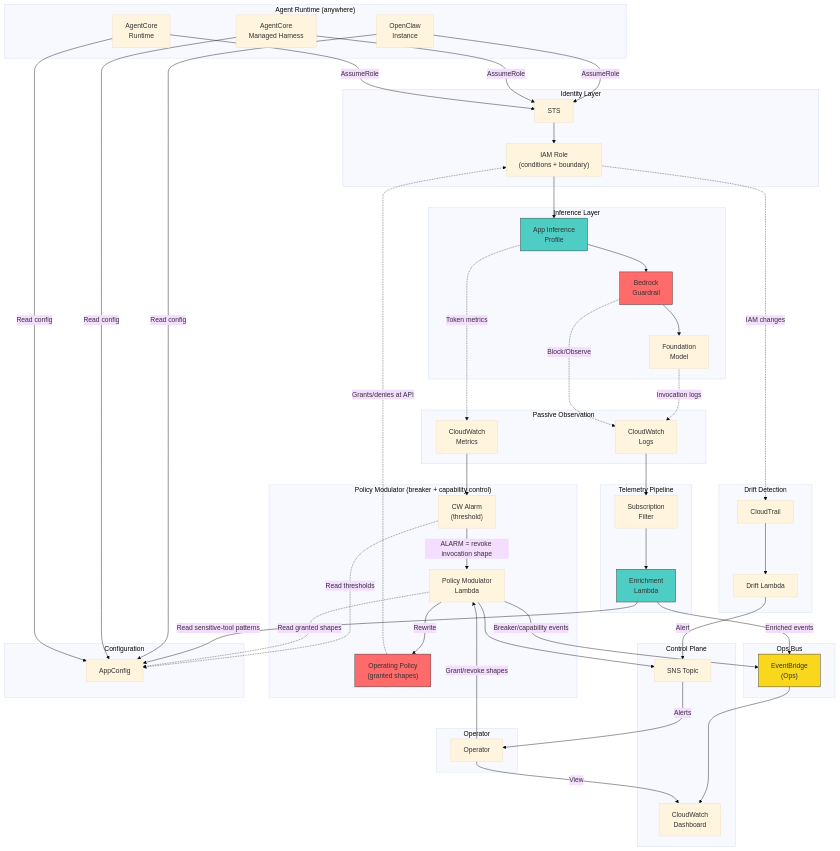
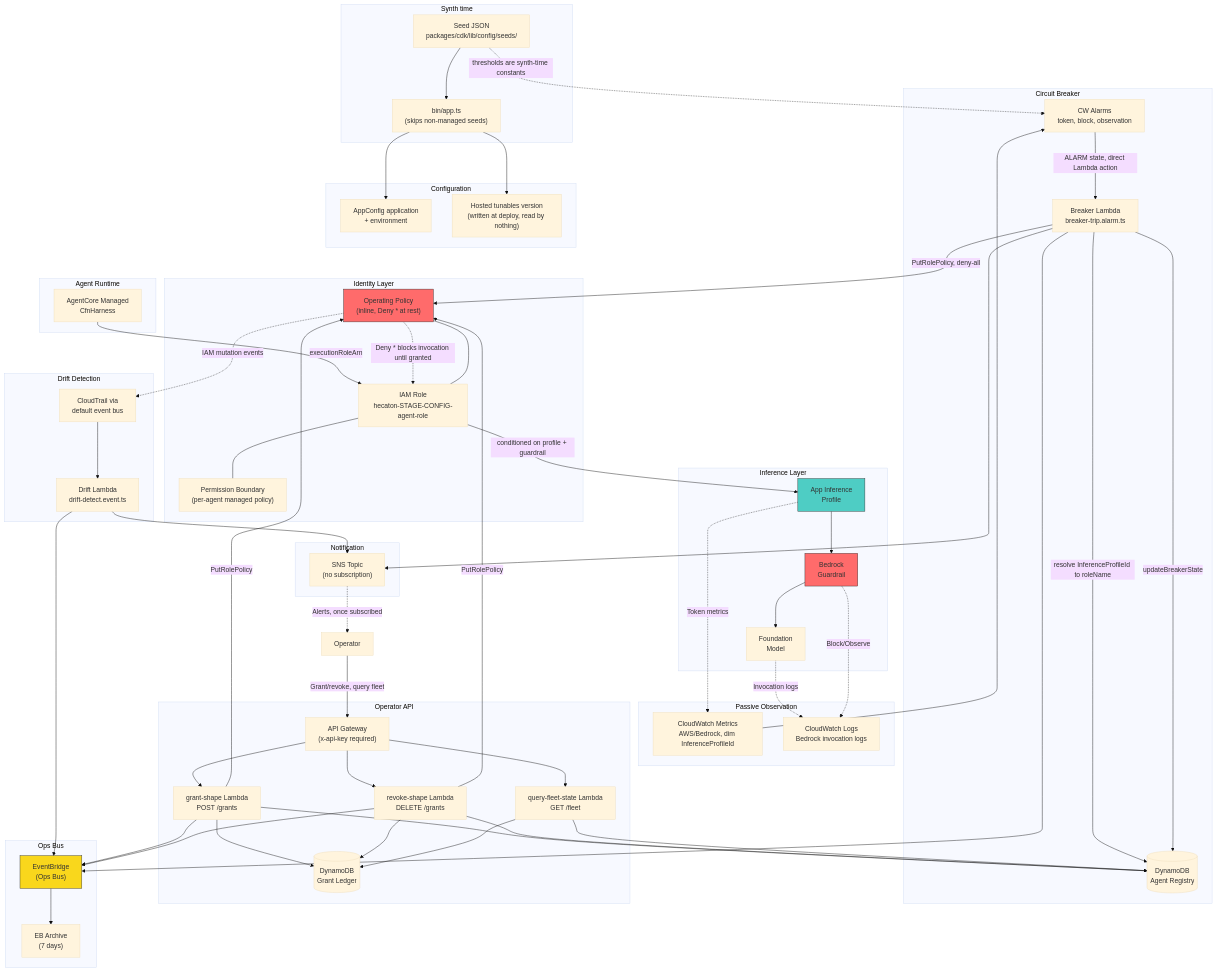
One commit to MikeORed/hecatoncheires changed the ninth of 9 diagrams in .initial-planning/diagrams.md. Above: the diagram before and after it, drawn with Mermaid (base theme). The commit also changed other lines of this file and 9 other files, not shown here.

````diff
--- a/.initial-planning/diagrams.md
+++ b/.initial-planning/diagrams.md
@@ -362,94 +414,113 @@
 ```mermaid
 flowchart TB
-    subgraph "Agent Runtime (anywhere)"
-        OC["OpenClaw<br/>Instance"]
-        ACM["AgentCore<br/>Managed Harness"]
-        ACR["AgentCore<br/>Runtime"]
+    subgraph "Synth time"
+        Seed["Seed JSON<br/>packages/cdk/lib/config/seeds/"]
+        AppTs["bin/app.ts<br/>(skips non-managed seeds)"]
+        Seed --> AppTs
+    end
+
+    subgraph "Agent Runtime"
+        ACM["AgentCore Managed<br/>CfnHarness"]
     end
 
     subgraph "Identity Layer"
-        STS["STS"]
-        Role["IAM Role<br/>(conditions + boundary)"]
-        OC -->|"AssumeRole"| STS
-        ACM -->|"AssumeRole"| STS
-        ACR -->|"AssumeRole"| STS
-        STS --> Role
+        Role["IAM Role<br/>hecaton-STAGE-CONFIG-agent-role"]
+        Boundary["Permission Boundary<br/>(per-agent managed policy)"]
+        OpPolicy["Operating Policy<br/>(inline, Deny * at rest)"]
+        Role --- Boundary
+        Role --- OpPolicy
     end
 
     subgraph "Inference Layer"
         Profile["App Inference<br/>Profile"]
         Guard["Bedrock<br/>Guardrail"]
         FM["Foundation<br/>Model"]
-        Role --> Profile
         Profile --> Guard
         Guard --> FM
     end
 
+    ACM -->|"executionRoleArn"| Role
+    Role -->|"conditioned on profile + guardrail"| Profile
+    OpPolicy -.->|"Deny * blocks invocation until granted"| Role
+
     subgraph "Passive Observation"
-        CWMetrics["CloudWatch<br/>Metrics"]
-        CWLogs["CloudWatch<br/>Logs"]
+        CWMetrics["CloudWatch Metrics<br/>AWS/Bedrock, dim InferenceProfileId"]
+        CWLogs["CloudWatch Logs<br/>Bedrock invocation logs"]
         Profile -.->|"Token metrics"| CWMetrics
         FM -.->|"Invocation logs"| CWLogs
         Guard -.->|"Block/Observe"| CWLogs
     end
 
-    subgraph "Policy Modulator (breaker + capability control)"
-        Alarm["CW Alarm<br/>(threshold)"]
-        ModLambda["Policy Modulator<br/>Lambda"]
-        OpPolicy["Operating Policy<br/>(granted shapes)"]
+    subgraph "Circuit Breaker"
+        Alarm["CW Alarms<br/>token, block, observation"]
+        BreakerLambda["Breaker Lambda<br/>breaker-trip.alarm.ts"]
+        Registry[("DynamoDB<br/>Agent Registry")]
         CWMetrics --> Alarm
-        Alarm -->|"ALARM = revoke invocation shape"| ModLambda
-        ModLambda -->|"Rewrite"| OpPolicy
-        OpPolicy -.->|"Grants/denies at API"| Role
+        Alarm -->|"ALARM state, direct Lambda action"| BreakerLambda
+        BreakerLambda -->|"resolve InferenceProfileId to roleName"| Registry
+        BreakerLambda -->|"updateBreakerState"| Registry
     end
 
-    subgraph "Telemetry Pipeline"
-        SubFilter["Subscription<br/>Filter"]
-        Enrichment["Enrichment<br/>Lambda"]
-        CWLogs --> SubFilter
-        SubFilter --> Enrichment
+    BreakerLambda -->|"PutRolePolicy, deny-all"| OpPolicy
+    Seed -.->|"thresholds are synth-time constants"| Alarm
+
+    subgraph "Operator API"
+        APIGW["API Gateway<br/>(x-api-key required)"]
+        GrantL["grant-shape Lambda<br/>POST /grants"]
+        RevokeL["revoke-shape Lambda<br/>DELETE /grants"]
+        FleetL["query-fleet-state Lambda<br/>GET /fleet"]
+        Ledger[("DynamoDB<br/>Grant Ledger")]
+        APIGW --> GrantL
+        APIGW --> RevokeL
+        APIGW --> FleetL
+        GrantL --> Ledger
+        RevokeL --> Ledger
+        FleetL --> Ledger
+        GrantL --> Registry
+        RevokeL --> Registry
+        FleetL --> Registry
+    end
+
+    GrantL -->|"PutRolePolicy"| OpPolicy
+    RevokeL -->|"PutRolePolicy"| OpPolicy
+
+    subgraph "Drift Detection"
+        CT["CloudTrail via<br/>default event bus"]
+        DriftL["Drift Lambda<br/>drift-detect.event.ts"]
+        OpPolicy -.->|"IAM mutation events"| CT
+        CT --> DriftL
     end
 
     subgraph "Ops Bus"
-        OpsBus["EventBridge<br/>(Ops)"]
-        Enrichment -->|"Enriched events"| OpsBus
-        ModLambda -->|"Breaker/capability events"| OpsBus
+        OpsBus["EventBridge<br/>(Ops Bus)"]
+        Archive["EB Archive<br/>(7 days)"]
+        OpsBus --> Archive
     end
 
-    subgraph "Control Plane"
-        SNSTopic["SNS Topic"]
-        Dashboard["CloudWatch<br/>Dashboard"]
-        OpsBus --> Dashboard
-        ModLambda --> SNSTopic
+    BreakerLambda --> OpsBus
+    GrantL --> OpsBus
+    RevokeL --> OpsBus
+    DriftL --> OpsBus
+
+    subgraph "Notification"
+        SNSTopic["SNS Topic<br/>(no subscription)"]
     end
 
-    subgraph "Operator"
-        Human["Operator"]
-        SNSTopic -->|"Alerts"| Human
-        Human -->|"Grant/revoke shapes"| ModLambda
-        Human -->|"View"| Dashboard
+    BreakerLambda --> SNSTopic
+    DriftL --> SNSTopic
+
+    subgraph "Configuration"
+        AppCfg["AppConfig application<br/>+ environment"]
+        Tunables["Hosted tunables version<br/>(written at deploy, read by nothing)"]
+        AppTs --> AppCfg
+        AppTs --> Tunables
     end
 
-    subgraph "Configuration"
-        AppCfg["AppConfig"]
-        Enrichment -->|"Read sensitive-tool patterns"| AppCfg
-        Alarm -.->|"Read thresholds"| AppCfg
-        ModLambda -.->|"Read granted shapes"| AppCfg
-        OC -->|"Read config"| AppCfg
-        ACM -->|"Read config"| AppCfg
-        ACR -->|"Read config"| AppCfg
-    end
-
-    subgraph "Drift Detection"
-        CT["CloudTrail"]
-        DriftLambda["Drift Lambda"]
-        Role -.->|"IAM changes"| CT
-        CT --> DriftLambda
-        DriftLambda -->|"Alert"| SNSTopic
-    end
+    Operator["Operator"]
+    Operator -->|"Grant/revoke, query fleet"| APIGW
+    SNSTopic -.->|"Alerts, once subscribed"| Operator
 
     style OpsBus fill:#f9d71c,stroke:#333
-    style Enrichment fill:#4ecdc4,stroke:#333
     style Guard fill:#ff6b6b,stroke:#333
     style Profile fill:#4ecdc4,stroke:#333
     style OpPolicy fill:#ff6b6b,stroke:#333
````
